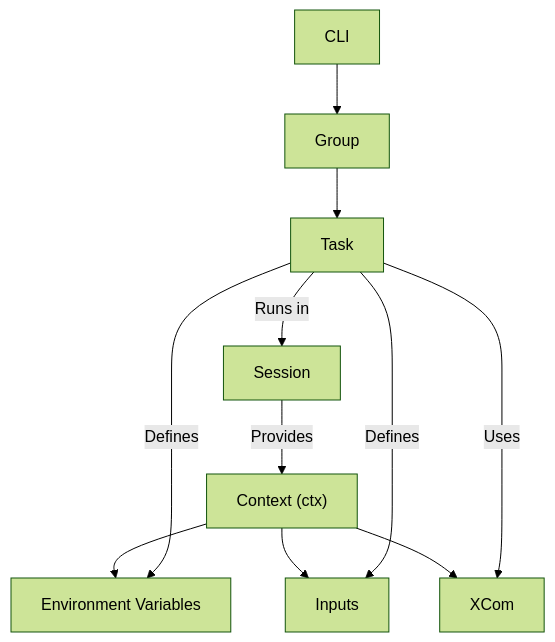
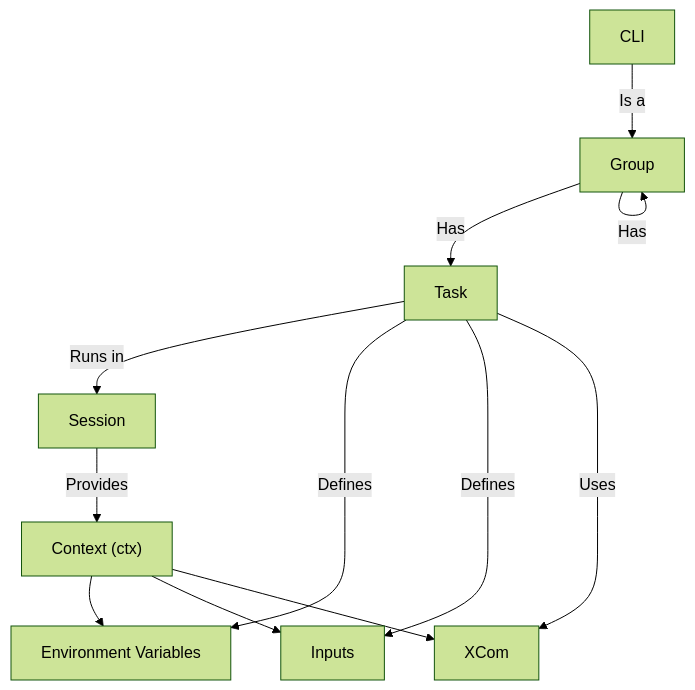
Before and after one commit to state-alchemists/zrb: the diagram in docs/README.md, drawn with Mermaid (forest theme).

Commit message:
Update mermaid

````diff
--- a/docs/README.md
+++ b/docs/README.md
@@ -91,22 +91,23 @@
 ```mermaid
 flowchart TD
     CLI["CLI"]
     Group["Group"]
     Task["Task"]
     Session["Session"]
     Context["Context (ctx)"]
     XCom["XCom"]
     Env["Environment Variables"]
     Input["Inputs"]
 
-    CLI --> Group
-    Group --> Task
+    CLI --> |Is a| Group
+    Group --> |Has| Task
+    Group --> |Has| Group
     Task -->|Runs in| Session
     Session -->|Provides| Context
     Context --> Env
     Context --> Input
     Context --> XCom
     Task -->|Defines| Env
     Task -->|Defines| Input
     Task -->|Uses| XCom
 ```
````
